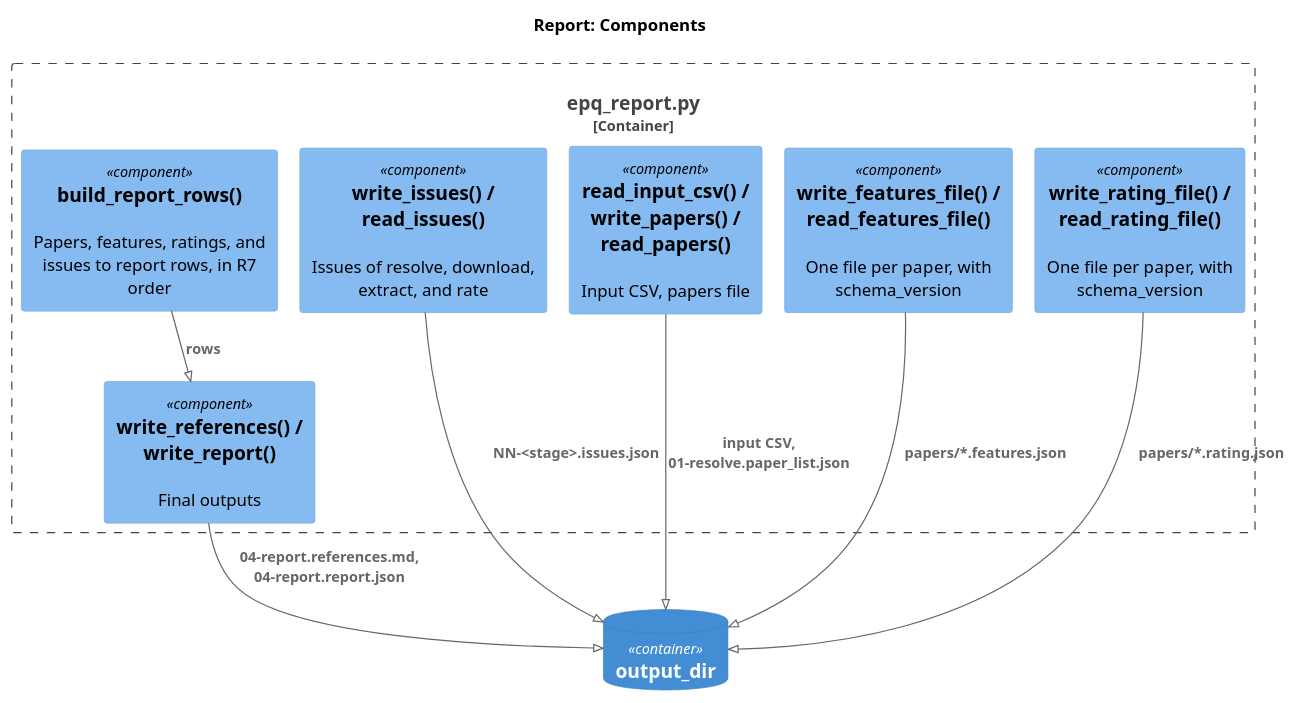
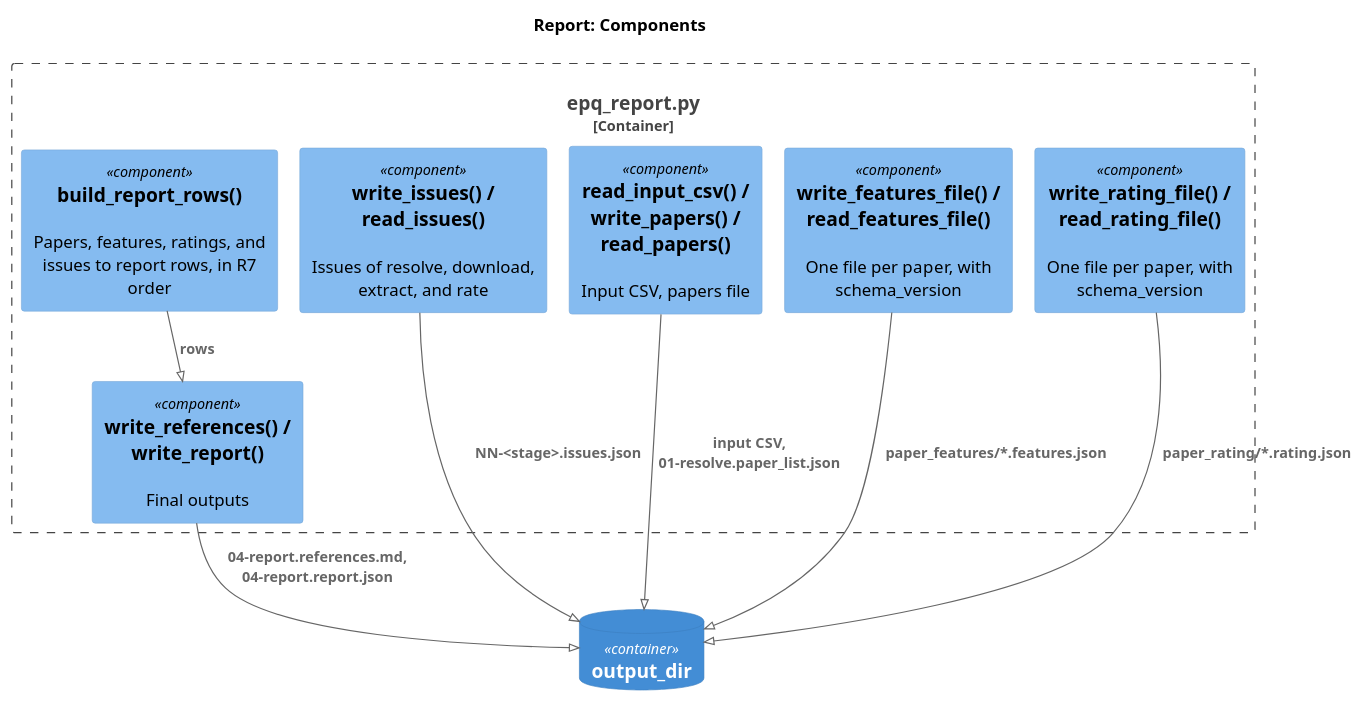
Before and after one commit to gpsaggese/gpsaggese.github.io: the diagram in research/Estimate_academic_paper_quality/docs/02.7-design.report.md, drawn with PlantUML. The commit also changed other lines of this file and 27 other files, not shown here.

````diff
--- a/research/Estimate_academic_paper_quality/docs/02.7-design.report.md
+++ b/research/Estimate_academic_paper_quality/docs/02.7-design.report.md
@@ -47,21 +47,21 @@
 ```plantuml
 !pragma layout smetana
 !include <C4/C4_Component>
 LAYOUT_TOP_DOWN()
 title Report: Components
 Container_Boundary(r, "epq_report.py") {
   Component(state, "write_issues() / read_issues()", "", "Issues of resolve, download, extract, and rate")
   Component(csvs, "read_input_csv() / write_papers() / read_papers()", "", "Input CSV, papers file")
   Component(feat, "write_features_file() / read_features_file()", "", "One file per paper, with schema_version")
   Component(rating, "write_rating_file() / read_rating_file()", "", "One file per paper, with schema_version")
   Component(rows, "build_report_rows()", "", "Papers, features, ratings, and issues to report rows, in R7 order")
   Component(out, "write_references() / write_report()", "", "Final outputs")
 }
 ContainerDb(dir, "output_dir", "", "")
 Rel(state, dir, "NN-<stage>.issues.json")
 Rel(csvs, dir, "input CSV, 01-resolve.paper_list.json")
-Rel(feat, dir, "papers/*.features.json")
-Rel(rating, dir, "papers/*.rating.json")
+Rel(feat, dir, "paper_features/*.features.json")
+Rel(rating, dir, "paper_rating/*.rating.json")
 Rel(rows, out, "rows")
 Rel(out, dir, "04-report.references.md, 04-report.report.json")
 ```
````
